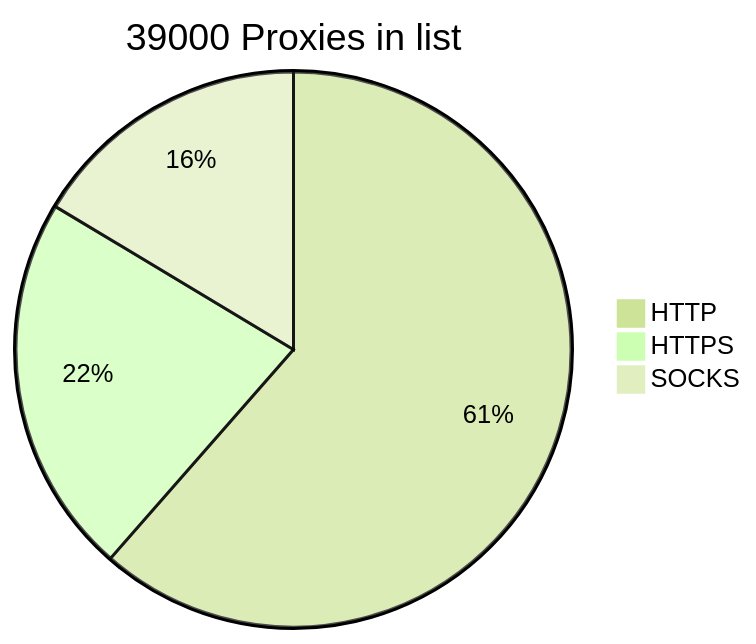
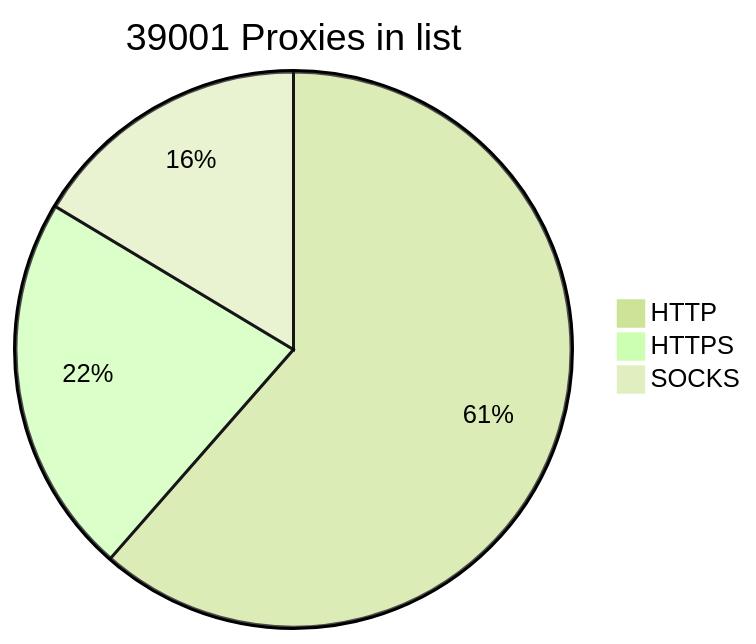
One commit to BlackSnowDot/proxylist-update-every-minute changed the diagram in README.md. Above: the diagram before and after it, drawn with Mermaid (forest theme).

````diff
--- a/README.md
+++ b/README.md
@@ -2,6 +2,6 @@
 ```mermaid
-pie title 39000 Proxies in list
-    "HTTP" : 28184
-    "HTTPS": 10162
+pie title 39001 Proxies in list
+    "HTTP" : 28189
+    "HTTPS": 10165
     "SOCKS" : 7519
 ```
````
